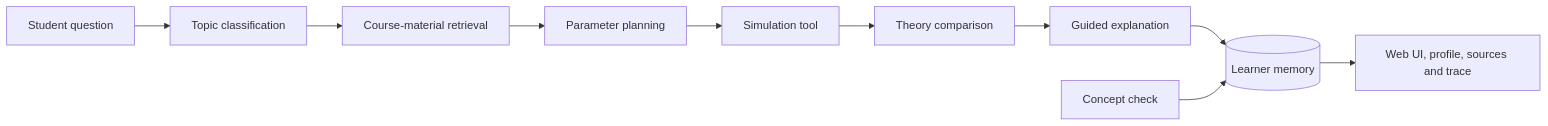
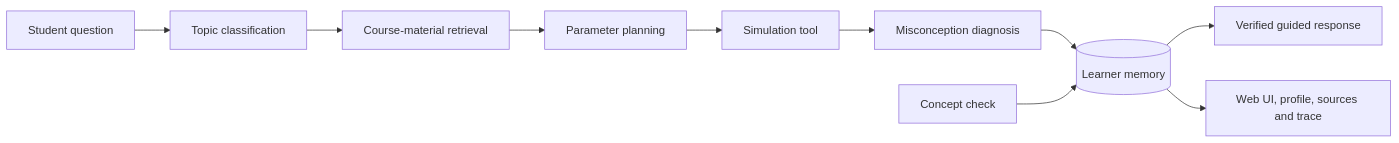
The diagram in README.md (JW35711/ai-tutor-for-stochastic-processes), drawn with Mermaid before and after one commit. The commit also changed other lines of this file and 8 other files, not shown here.

Commit message:
Refactor agent into an explicit state graph

````diff
--- a/README.md
+++ b/README.md
@@ -89,12 +89,12 @@
 ```mermaid
 flowchart LR
     U[Student question] --> C[Topic classification]
     C --> R[Course-material retrieval]
     R --> P[Parameter planning]
     P --> T[Simulation tool]
-    T --> V[Theory comparison]
-    V --> E[Guided explanation]
-    E --> M[(Learner memory)]
+    T --> D[Misconception diagnosis]
+    D --> M[(Learner memory)]
     QZ[Concept check] --> M
+    M --> E[Verified guided response]
     M --> UI[Web UI, profile, sources and trace]
 ```
````
